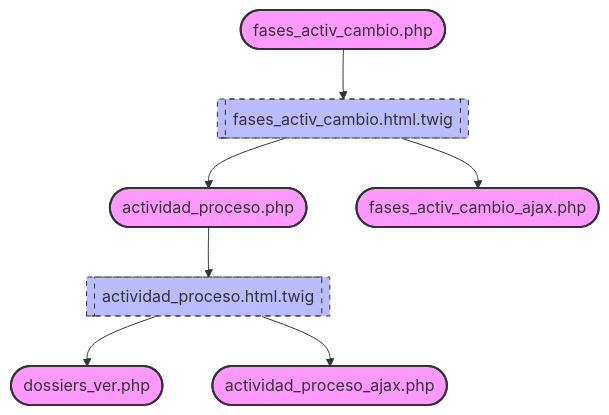
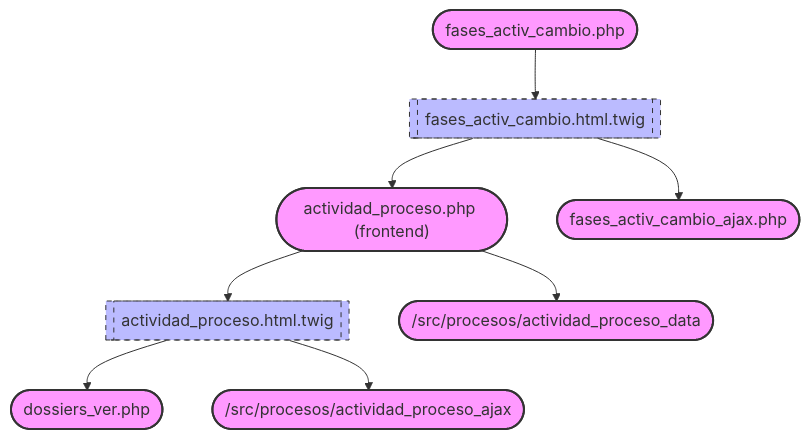
Before and after one commit to olvidio/orbix: the diagram in documentacion/Documentacion_Obix/procesos/mapa_fases_activ_cambio.md, drawn with Mermaid. The commit also changed 18 other files, not shown here.

First line of the commit message:
refactor(procesos slice 4): migra actividad_proceso + ajax + actividad_que_fases_ajax a frontend/src

````diff
--- a/documentacion/Documentacion_Obix/procesos/mapa_fases_activ_cambio.md
+++ b/documentacion/Documentacion_Obix/procesos/mapa_fases_activ_cambio.md
@@ -1,14 +1,15 @@
 ```mermaid
 flowchart TD
     %% Estils de nodes
     classDef controller fill:#f9f,stroke:#333,stroke-width:2px;
     classDef vista fill:#bbf,stroke:#333,stroke-width:1px,stroke-dasharray: 5 5;
     classDef error fill:#ff9999,stroke:#cc0000,stroke-width:2px;
 
     apps_procesos_controller_fases_activ_cambio_php(["fases_activ_cambio.php"]):::controller --> apps_procesos_view_fases_activ_cambio_html_twig[["fases_activ_cambio.html.twig"]]:::vista
-    apps_procesos_view_fases_activ_cambio_html_twig --> apps_procesos_controller_actividad_proceso_php(["actividad_proceso.php"]):::controller
+    apps_procesos_view_fases_activ_cambio_html_twig --> frontend_procesos_controller_actividad_proceso_php(["actividad_proceso.php (frontend)"]):::controller
     apps_procesos_view_fases_activ_cambio_html_twig --> apps_procesos_controller_fases_activ_cambio_ajax_php(["fases_activ_cambio_ajax.php"]):::controller
-    apps_procesos_controller_actividad_proceso_php(["actividad_proceso.php"]):::controller --> apps_procesos_view_actividad_proceso_html_twig[["actividad_proceso.html.twig"]]:::vista
-    apps_procesos_view_actividad_proceso_html_twig --> apps_dossiers_controller_dossiers_ver_php(["dossiers_ver.php"]):::controller
-    apps_procesos_view_actividad_proceso_html_twig --> apps_procesos_controller_actividad_proceso_ajax_php(["actividad_proceso_ajax.php"]):::controller
+    frontend_procesos_controller_actividad_proceso_php --> frontend_procesos_view_actividad_proceso_html_twig[["actividad_proceso.html.twig"]]:::vista
+    frontend_procesos_controller_actividad_proceso_php --> src_procesos_actividad_proceso_data(["/src/procesos/actividad_proceso_data"]):::controller
+    frontend_procesos_view_actividad_proceso_html_twig --> apps_dossiers_controller_dossiers_ver_php(["dossiers_ver.php"]):::controller
+    frontend_procesos_view_actividad_proceso_html_twig --> src_procesos_actividad_proceso_ajax(["/src/procesos/actividad_proceso_ajax"]):::controller
 ```
````
